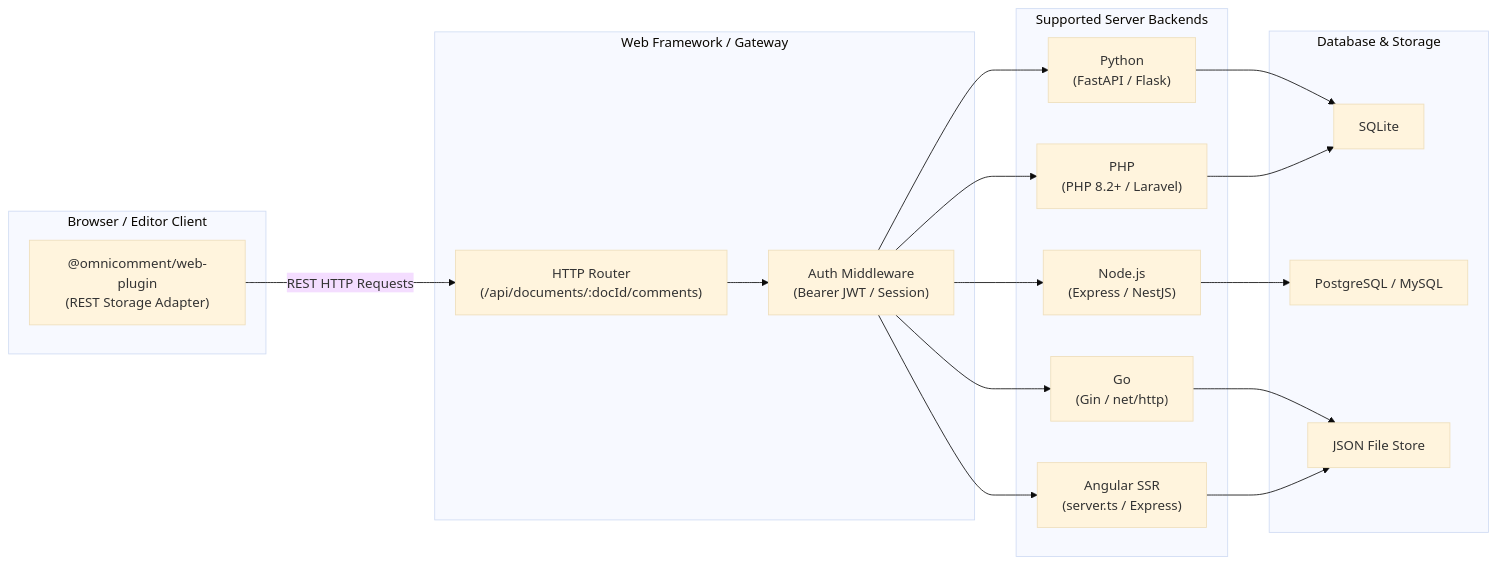
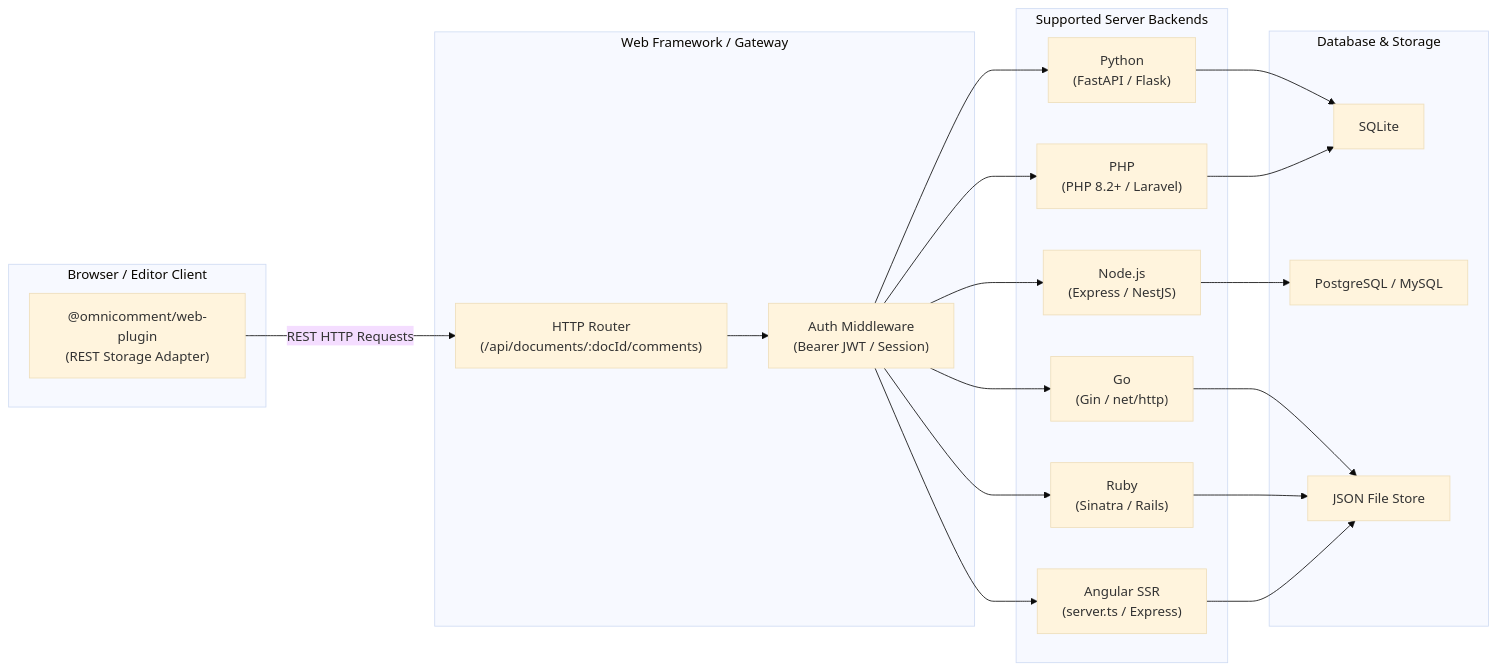
The diagram in docs/SERVER_FRAMEWORKS_GUIDE.md (benquike/OmniComment), drawn with Mermaid (base theme) before and after one commit. The commit also changed other lines of this file and 8 other files, not shown here.

First line of the commit message:
feat(server): add Ruby server implementation with Sinatra, WEBrick, and Rails support

````diff
--- a/docs/SERVER_FRAMEWORKS_GUIDE.md
+++ b/docs/SERVER_FRAMEWORKS_GUIDE.md
@@ -31,38 +32,41 @@
 ```mermaid
 flowchart LR
     subgraph Client ["Browser / Editor Client"]
         SDK["@omnicomment/web-plugin\n(REST Storage Adapter)"]
     end
 
     subgraph BackendGateway ["Web Framework / Gateway"]
         ROUTER["HTTP Router\n(/api/documents/:docId/comments)"]
         AUTH["Auth Middleware\n(Bearer JWT / Session)"]
         ROUTER --> AUTH
     end
 
     subgraph ServerFrameworks ["Supported Server Backends"]
         PY["Python\n(FastAPI / Flask)"]
         GO["Go\n(Gin / net/http)"]
         PHP["PHP\n(PHP 8.2+ / Laravel)"]
+        RUBY["Ruby\n(Sinatra / Rails)"]
         ANGULAR["Angular SSR\n(server.ts / Express)"]
         NODE["Node.js\n(Express / NestJS)"]
     end
 
     subgraph StorageEngine ["Database & Storage"]
         SQLITE["SQLite"]
         PG["PostgreSQL / MySQL"]
         JSONSTORE["JSON File Store"]
     end
 
     SDK -->|REST HTTP Requests| ROUTER
     AUTH --> PY
     AUTH --> GO
     AUTH --> PHP
+    AUTH --> RUBY
     AUTH --> ANGULAR
     AUTH --> NODE
     PY --> SQLITE
     GO --> JSONSTORE
     PHP --> SQLITE
+    RUBY --> JSONSTORE
     ANGULAR --> JSONSTORE
     NODE --> PG
 ```
````
